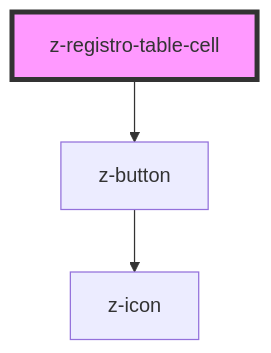
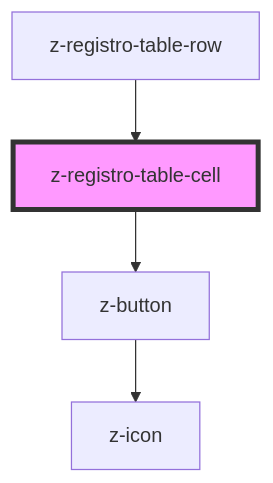
The diagram in src/snowflakes/registro-table/z-registro-table-cell/readme.md (ZanichelliEditore/design-system), drawn with Mermaid before and after one commit. The commit also changed other lines of this file and 7 other files, not shown here.

````diff
--- a/src/snowflakes/registro-table/z-registro-table-cell/readme.md
+++ b/src/snowflakes/registro-table/z-registro-table-cell/readme.md
@@ -26,6 +30,7 @@
 ```mermaid
 graph TD;
   z-registro-table-cell --> z-button
   z-button --> z-icon
+  z-registro-table-row --> z-registro-table-cell
   style z-registro-table-cell fill:#f9f,stroke:#333,stroke-width:4px
 ```
````
